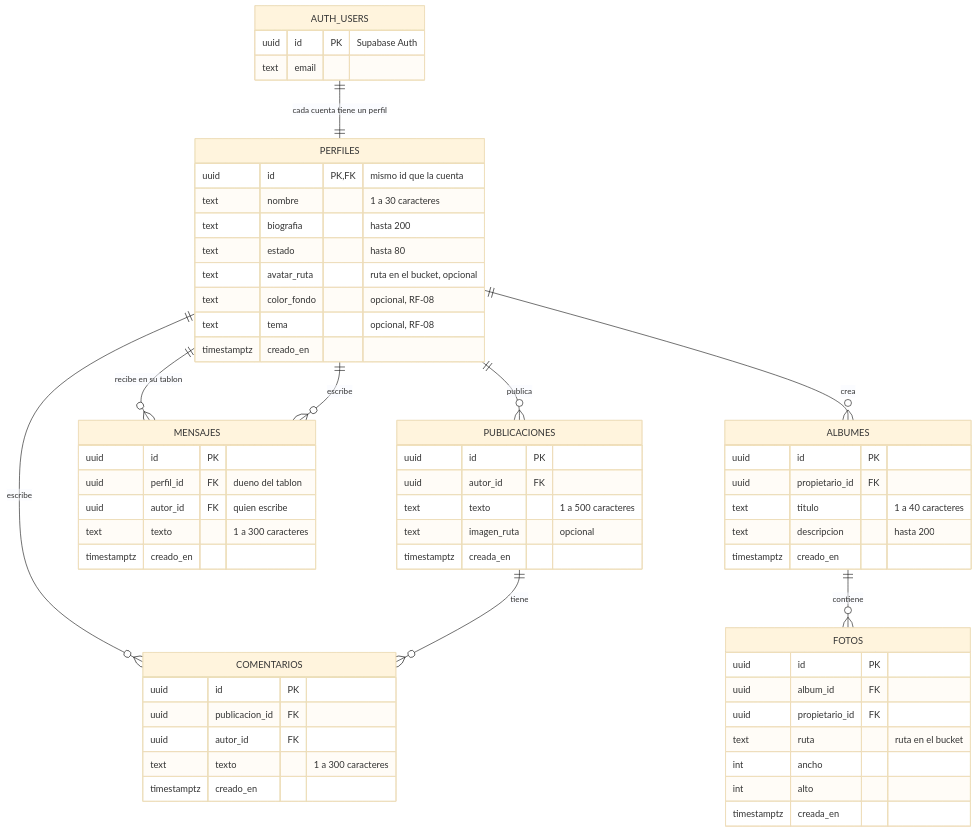
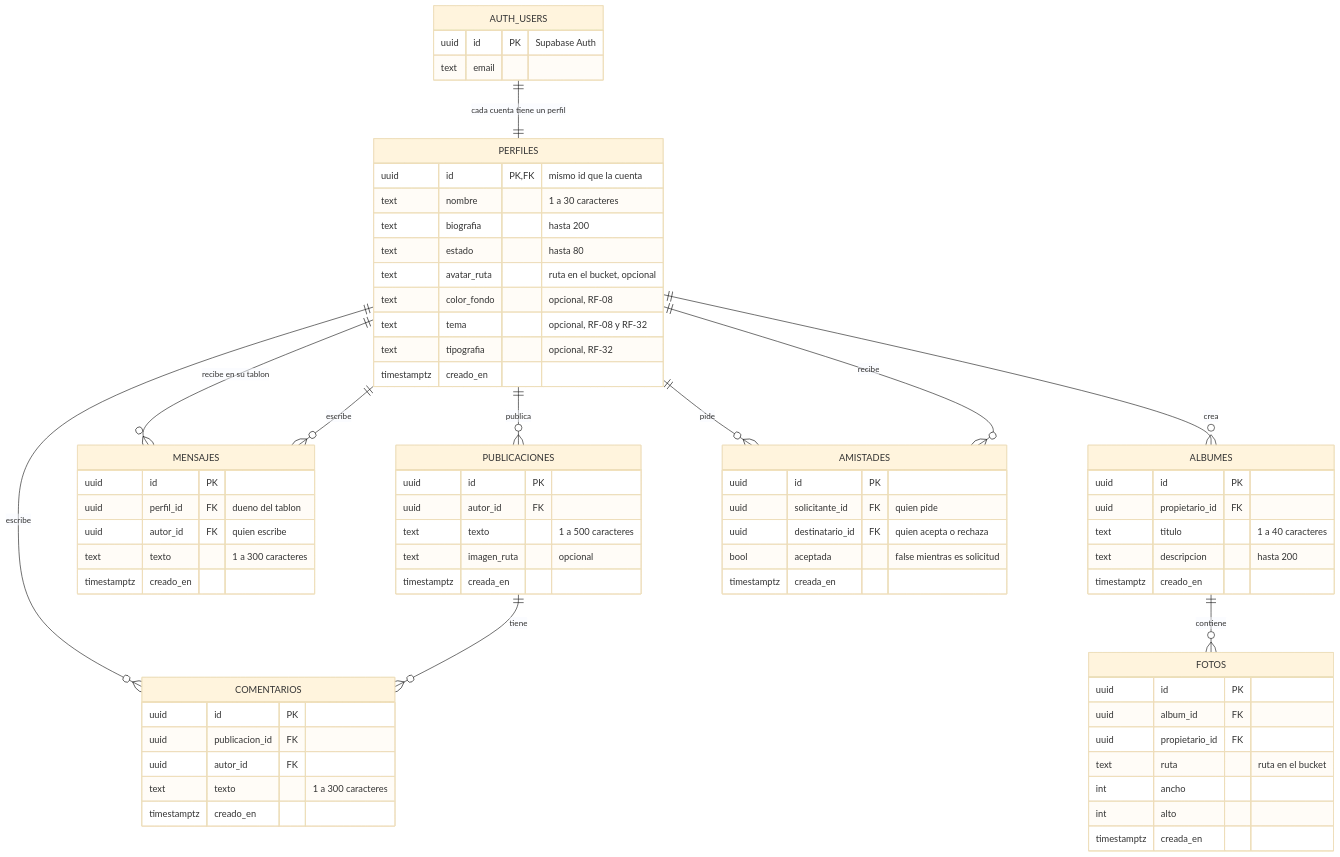
Before and after one commit to yeray06/Retroconver: the second of 2 diagrams in docs/datos/esquemadatos.md, drawn with Mermaid (base theme). The commit also changed other lines of this file and 6 other files, not shown here.

````diff
--- a/docs/datos/esquemadatos.md
+++ b/docs/datos/esquemadatos.md
@@ -142,63 +142,73 @@
 ```mermaid
 erDiagram
     AUTH_USERS ||--|| PERFILES : "cada cuenta tiene un perfil"
     PERFILES ||--o{ PUBLICACIONES : publica
     PERFILES ||--o{ COMENTARIOS : escribe
     PUBLICACIONES ||--o{ COMENTARIOS : tiene
     PERFILES ||--o{ MENSAJES : "recibe en su tablon"
     PERFILES ||--o{ MENSAJES : escribe
     PERFILES ||--o{ ALBUMES : crea
     ALBUMES ||--o{ FOTOS : contiene
+    PERFILES ||--o{ AMISTADES : pide
+    PERFILES ||--o{ AMISTADES : recibe
 
     AUTH_USERS {
         uuid id PK "Supabase Auth"
         text email
     }
     PERFILES {
         uuid id PK,FK "mismo id que la cuenta"
         text nombre "1 a 30 caracteres"
         text biografia "hasta 200"
         text estado "hasta 80"
         text avatar_ruta "ruta en el bucket, opcional"
         text color_fondo "opcional, RF-08"
-        text tema "opcional, RF-08"
+        text tema "opcional, RF-08 y RF-32"
+        text tipografia "opcional, RF-32"
         timestamptz creado_en
     }
     PUBLICACIONES {
         uuid id PK
         uuid autor_id FK
         text texto "1 a 500 caracteres"
         text imagen_ruta "opcional"
         timestamptz creada_en
     }
     COMENTARIOS {
         uuid id PK
         uuid publicacion_id FK
         uuid autor_id FK
         text texto "1 a 300 caracteres"
         timestamptz creado_en
     }
     MENSAJES {
         uuid id PK
         uuid perfil_id FK "dueno del tablon"
         uuid autor_id FK "quien escribe"
         text texto "1 a 300 caracteres"
         timestamptz creado_en
     }
     ALBUMES {
         uuid id PK
         uuid propietario_id FK
         text titulo "1 a 40 caracteres"
         text descripcion "hasta 200"
         timestamptz creado_en
     }
     FOTOS {
         uuid id PK
         uuid album_id FK
         uuid propietario_id FK
         text ruta "ruta en el bucket"
         int ancho
         int alto
         timestamptz creada_en
     }
+    AMISTADES {
+        uuid id PK
+        uuid solicitante_id FK "quien pide"
+        uuid destinatario_id FK "quien acepta o rechaza"
+        bool aceptada "false mientras es solicitud"
+        timestamptz creada_en
+    }
 ```
````
